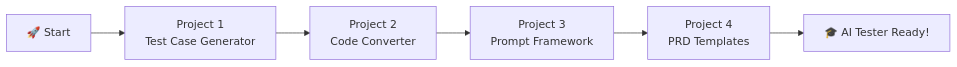
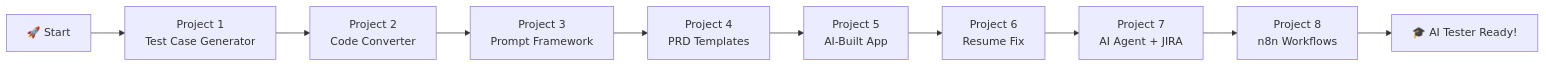
One commit to adith442864/AITesterBlueprint changed the diagram in README.md. Above: the diagram before and after it, drawn with Mermaid. The commit also changed other lines of this file, not shown here.

````diff
--- a/README.md
+++ b/README.md
@@ -204,13 +347,21 @@
 ```mermaid
 graph LR
     A[🚀 Start] --> B[Project 1]
     B --> C[Project 2]
     C --> D[Project 3]
     D --> E[Project 4]
-    E --> F[🎓 AI Tester Ready!]
+    E --> F[Project 5]
+    F --> G[Project 6]
+    G --> H[Project 7]
+    H --> I[Project 8]
+    I --> J[🎓 AI Tester Ready!]
     
-    B[Project 1<br>Test Case Generator]
-    C[Project 2<br>Code Converter]
-    D[Project 3<br>Prompt Framework]
-    E[Project 4<br>PRD Templates]
+    B["Project 1<br>Test Case Generator"]
+    C["Project 2<br>Code Converter"]
+    D["Project 3<br>Prompt Framework"]
+    E["Project 4<br>PRD Templates"]
+    F["Project 5<br>AI-Built App"]
+    G["Project 6<br>Resume Fix"]
+    H["Project 7<br>AI Agent + JIRA"]
+    I["Project 8<br>n8n Workflows"]
 ```
````
